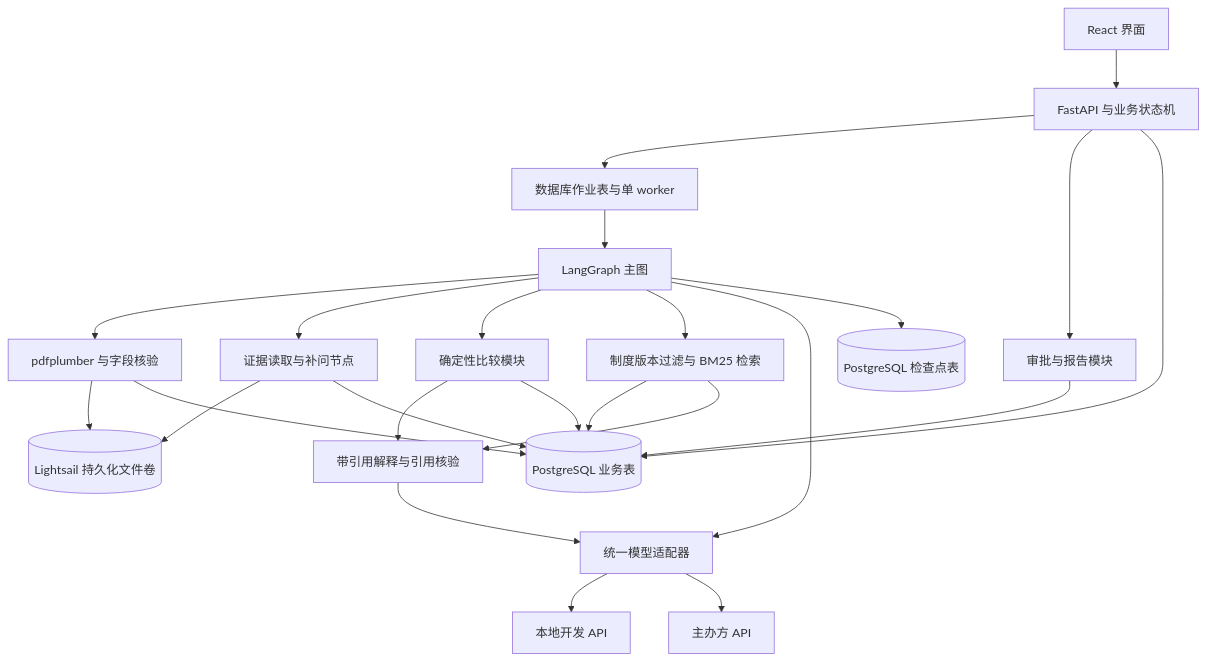
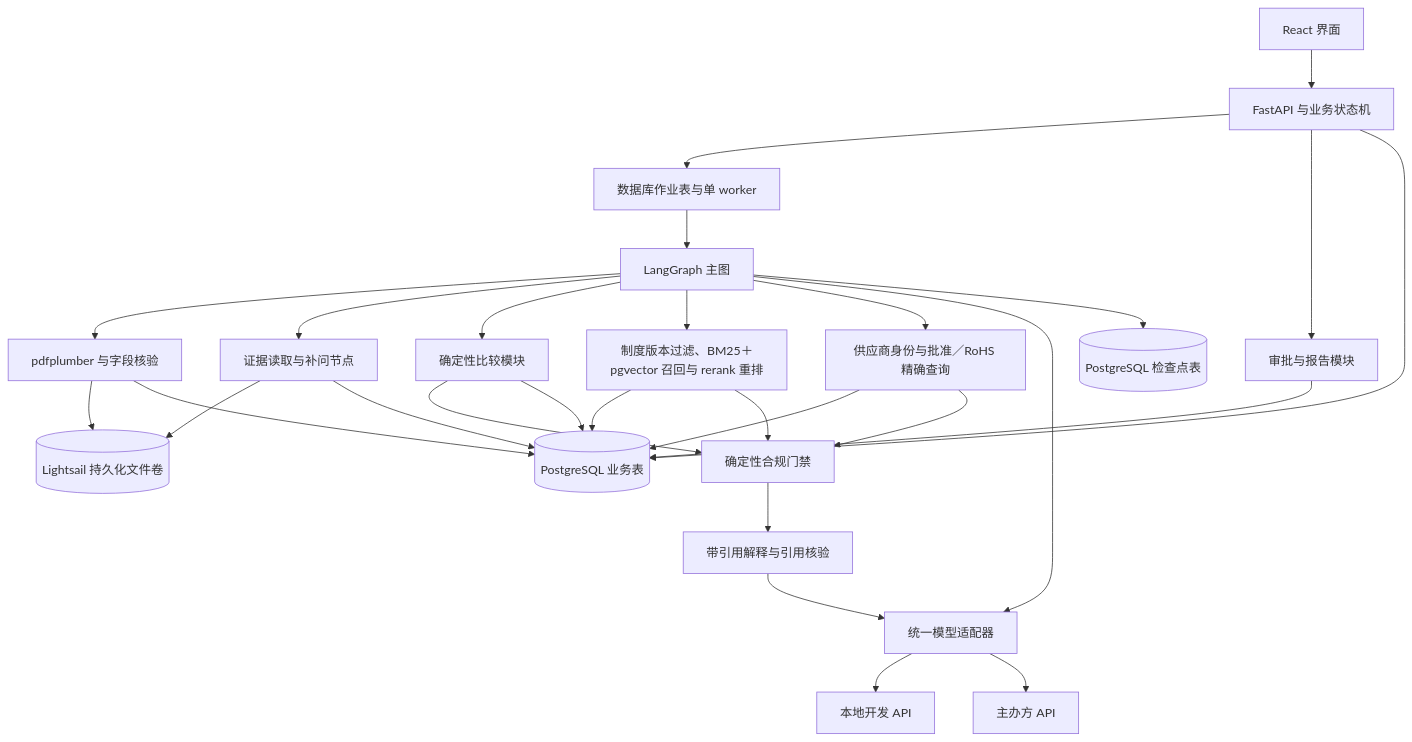
Before and after one commit to daydreamer17/Team-QQFARM: the diagram in docs/ARCHITECTURE.md, drawn with Mermaid. The commit also changed other lines of this file and 13 other files, not shown here.

````diff
--- a/docs/ARCHITECTURE.md
+++ b/docs/ARCHITECTURE.md
@@ -39,26 +39,30 @@
 ```mermaid
 flowchart TD
     UI[React 界面] --> APP[FastAPI 与业务状态机]
     APP --> JOB[数据库作业表与单 worker]
     JOB --> AG[LangGraph 主图]
     AG --> PARSE[pdfplumber 与字段核验]
     AG --> READ[证据读取与补问节点]
     AG --> COMP[确定性比较模块]
-    AG --> RET[制度版本过滤与 BM25 检索]
+    AG --> RET[制度版本过滤、BM25＋pgvector 召回与 rerank 重排]
     RET --> DB
-    RET --> EXPL[带引用解释与引用核验]
-    COMP --> EXPL
+    AG --> REG[供应商身份与批准／RoHS 精确查询]
+    REG --> DB
+    RET --> GATE[确定性合规门禁]
+    REG --> GATE
+    COMP --> GATE
+    GATE --> EXPL[带引用解释与引用核验]
     EXPL --> MODEL
     AG --> MODEL[统一模型适配器]
     MODEL --> LOCAL[本地开发 API]
     MODEL --> AWS[主办方 API]
     AG --> CP[(PostgreSQL 检查点表)]
     APP --> REVIEW[审批与报告模块]
     APP --> DB[(PostgreSQL 业务表)]
     PARSE --> FILES[(Lightsail 持久化文件卷)]
     PARSE --> DB
     READ --> FILES
     READ --> DB
     COMP --> DB
     REVIEW --> DB
 ```
````
